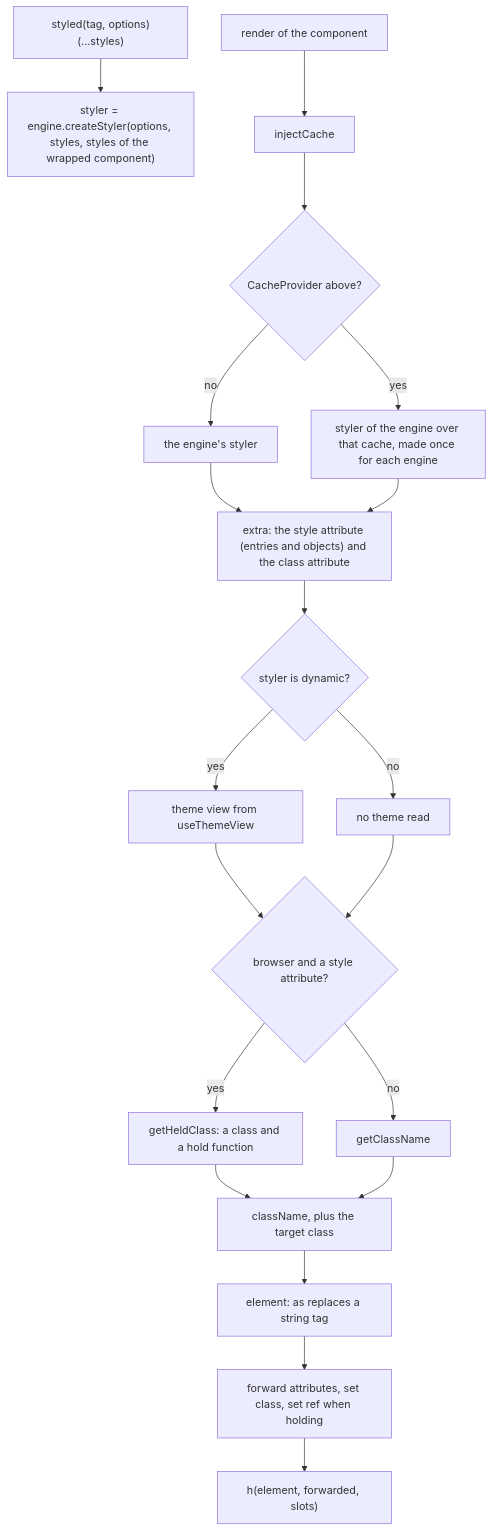
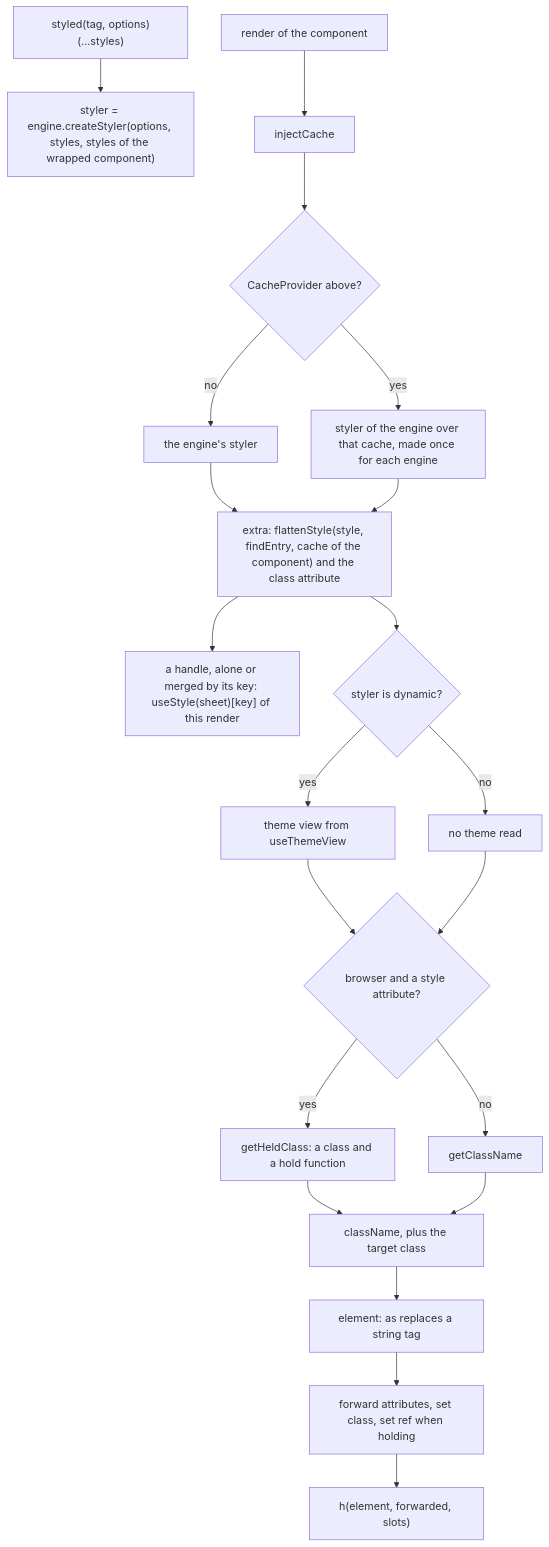
Before and after one commit to soroush-tech/umber-style: the diagram in packages/vue/src/styled.md, drawn with Mermaid. The commit also changed other lines of this file and 80 other files, not shown here.

Commit message:
feat: a styled component resolves an entry of a theme sheet given to its style prop with no useStyle, and SheetStyleProp types a style prop of sheet entries in every binding - close #88, close #89

````diff
--- a/packages/vue/src/styled.md
+++ b/packages/vue/src/styled.md
@@ -18,22 +18,23 @@
 ```mermaid
 flowchart TD
   def["styled(tag, options)(...styles)"] --> st["styler = engine.createStyler(options, styles, styles of the wrapped component)"]
   render["render of the component"] --> cache["injectCache"]
   cache --> loc{"CacheProvider above?"}
   loc -->|"no"| s1["the engine's styler"]
   loc -->|"yes"| s2["styler of the engine over that cache, made once for each engine"]
-  s1 --> extra["extra: the style attribute (entries and objects) and the class attribute"]
+  s1 --> extra["extra: flattenStyle(style, findEntry, cache of the component) and the class attribute"]
   s2 --> extra
+  extra --> handle["a handle, alone or merged by its key: useStyle(sheet)[key] of this render"]
   extra --> dyn{"styler is dynamic?"}
   dyn -->|"yes"| view["theme view from useThemeView"]
   dyn -->|"no"| nov["no theme read"]
   view --> doc{"browser and a style attribute?"}
   nov --> doc
   doc -->|"yes"| held["getHeldClass: a class and a hold function"]
   doc -->|"no"| plain["getClassName"]
   held --> cls["className, plus the target class"]
   plain --> cls
   cls --> el["element: as replaces a string tag"]
   el --> fwd["forward attributes, set class, set ref when holding"]
   fwd --> out["h(element, forwarded, slots)"]
 ```
````
